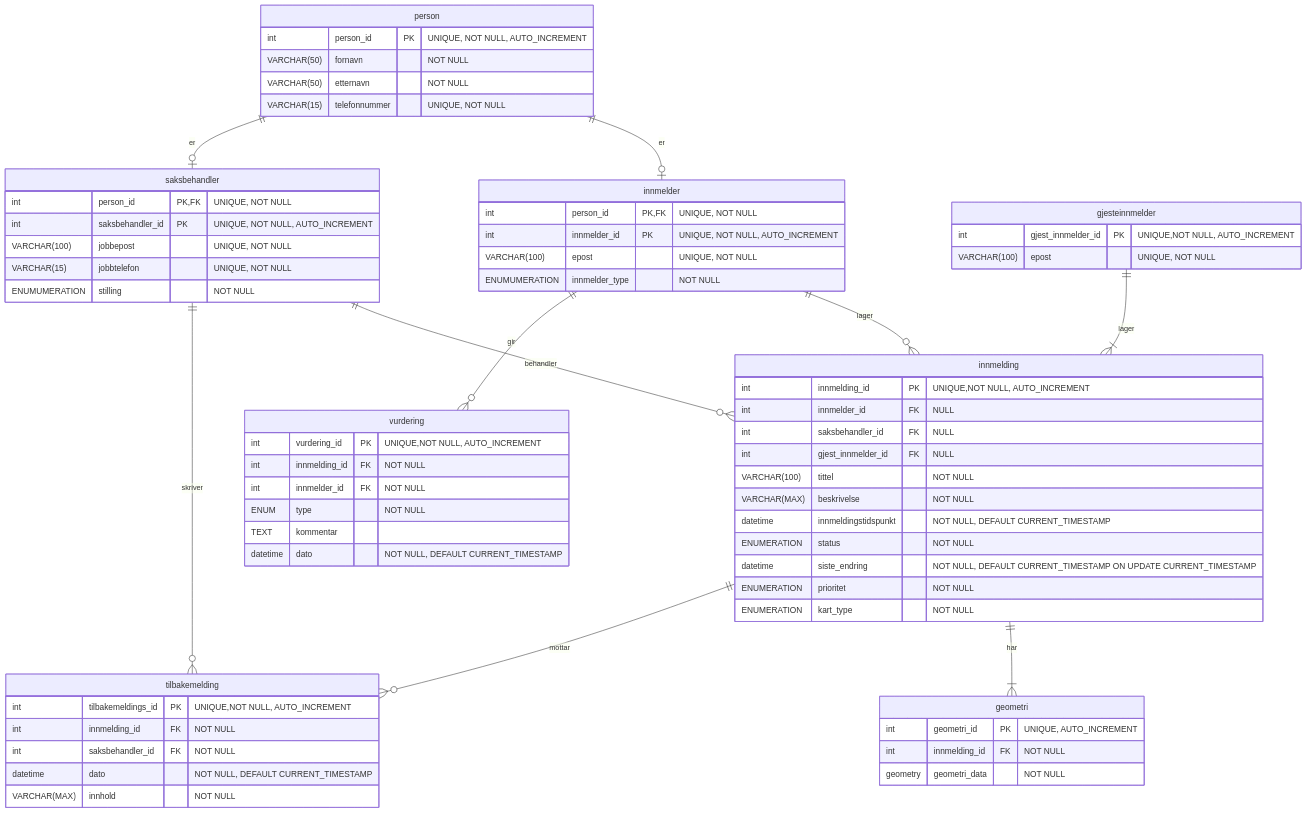
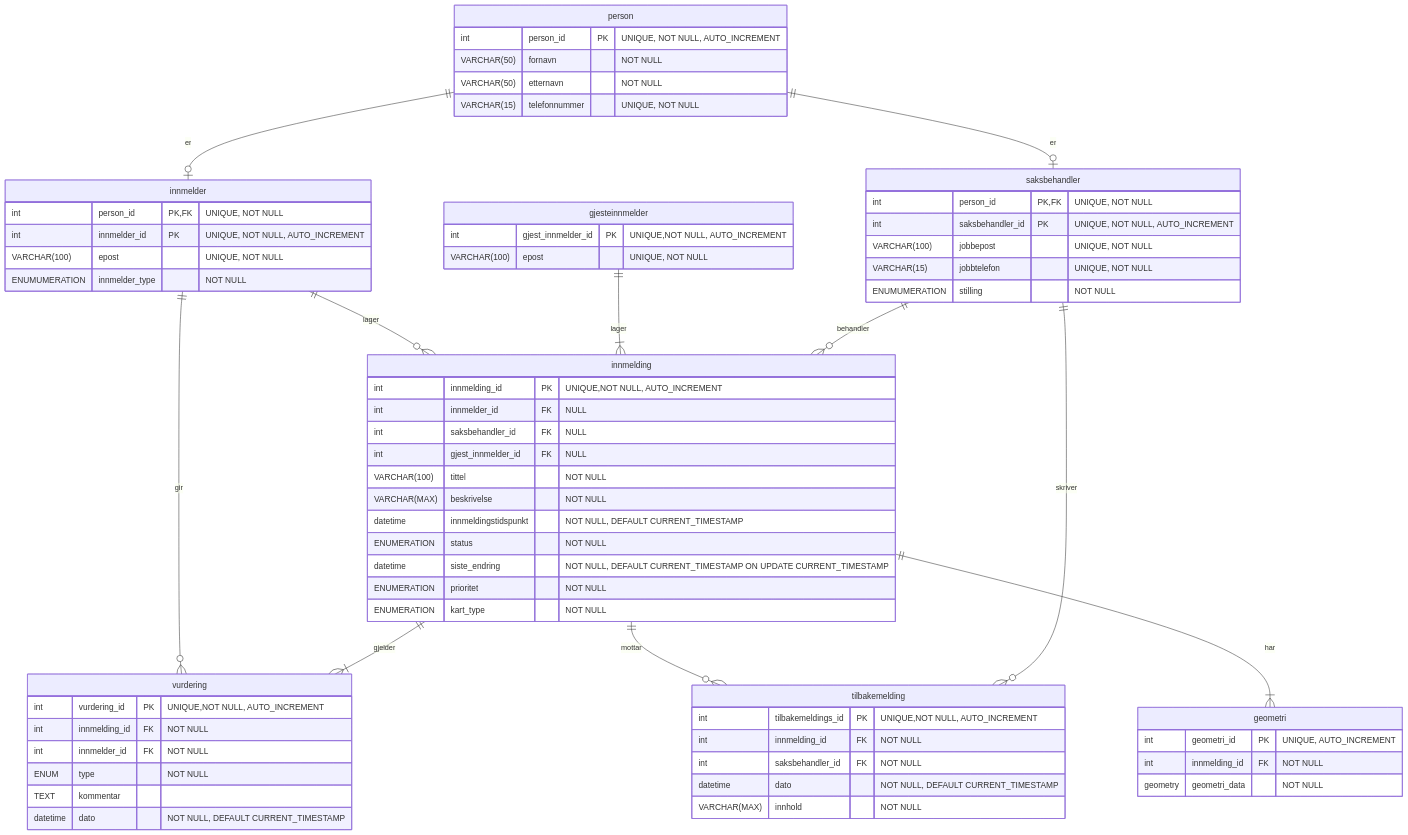
The diagram in Gruppe10KVprototype/ER og UML diagrammer/ERG10KV6.mmd (Kristiann96/Gruppe10KV), drawn with Mermaid before and after one commit. The commit also changed 1 other file, not shown here.

Commit message:
oppdatert ER-diagram

```diff
--- a/Gruppe10KVprototype/ER og UML diagrammer/ERG10KV6.mmd
+++ b/Gruppe10KVprototype/ER og UML diagrammer/ERG10KV6.mmd
@@ -1,68 +1,69 @@
 erDiagram
 
     person {
         int person_id PK "UNIQUE, NOT NULL, AUTO_INCREMENT"
         VARCHAR(50) fornavn "NOT NULL"
         VARCHAR(50) etternavn "NOT NULL"
         VARCHAR(15) telefonnummer "UNIQUE, NOT NULL"
     }
     person ||--|O innmelder : "er"
     person ||--|O saksbehandler : "er"
     innmelder ||--o{ innmelding : "lager"
     innmelder {
         int person_id PK, FK "UNIQUE, NOT NULL"
         int innmelder_id PK "UNIQUE, NOT NULL, AUTO_INCREMENT"
         VARCHAR(100) epost "UNIQUE, NOT NULL"
         ENUMUMERATION innmelder_type "NOT NULL"
     }
     gjesteinnmelder ||--|{ innmelding : "lager"
     gjesteinnmelder {
         int gjest_innmelder_id PK "UNIQUE,NOT NULL, AUTO_INCREMENT"
         VARCHAR(100) epost "UNIQUE, NOT NULL"
     }
     saksbehandler ||--o{ innmelding : "behandler"
     saksbehandler {
         int person_id PK, FK "UNIQUE, NOT NULL"
         int saksbehandler_id PK "UNIQUE, NOT NULL, AUTO_INCREMENT"
         VARCHAR(100) jobbepost "UNIQUE, NOT NULL"
         VARCHAR(15) jobbtelefon "UNIQUE, NOT NULL"
         ENUMUMERATION stilling "NOT NULL"
     }      
     innmelding ||--|{ geometri : "har"
     innmelding ||--o{ tilbakemelding : "mottar"    
     innmelding {
         int innmelding_id PK "UNIQUE,NOT NULL, AUTO_INCREMENT"
         int innmelder_id FK "NULL"
         int saksbehandler_id FK "NULL"
         int gjest_innmelder_id FK "NULL"
         VARCHAR(100) tittel "NOT NULL"
         VARCHAR(MAX) beskrivelse "NOT NULL"
         datetime innmeldingstidspunkt "NOT NULL, DEFAULT CURRENT_TIMESTAMP"
         ENUMERATION status "NOT NULL"
         datetime siste_endring "NOT NULL, DEFAULT CURRENT_TIMESTAMP ON UPDATE CURRENT_TIMESTAMP"
         ENUMERATION prioritet "NOT NULL"
         ENUMERATION kart_type "NOT NULL"
     }    
     geometri {
         int geometri_id PK "UNIQUE, AUTO_INCREMENT"
         int innmelding_id FK "NOT NULL"
         geometry geometri_data "NOT NULL"
         
     }
     tilbakemelding {
         int tilbakemeldings_id PK "UNIQUE,NOT NULL, AUTO_INCREMENT"
         int innmelding_id FK "NOT NULL"
         int saksbehandler_id FK "NOT NULL"
         datetime dato "NOT NULL, DEFAULT CURRENT_TIMESTAMP"
         VARCHAR(MAX) innhold "NOT NULL"
       }
     vurdering {
         int vurdering_id PK "UNIQUE,NOT NULL, AUTO_INCREMENT"
         int innmelding_id FK "NOT NULL"
         int innmelder_id FK "NOT NULL"
         ENUM type "NOT NULL"
         TEXT kommentar
         datetime dato "NOT NULL, DEFAULT CURRENT_TIMESTAMP"
     }
     saksbehandler ||--o{ tilbakemelding : "skriver"
     innmelder ||--o{ vurdering : "gir"
+    innmelding ||--|{ vurdering : "gjelder"
```
